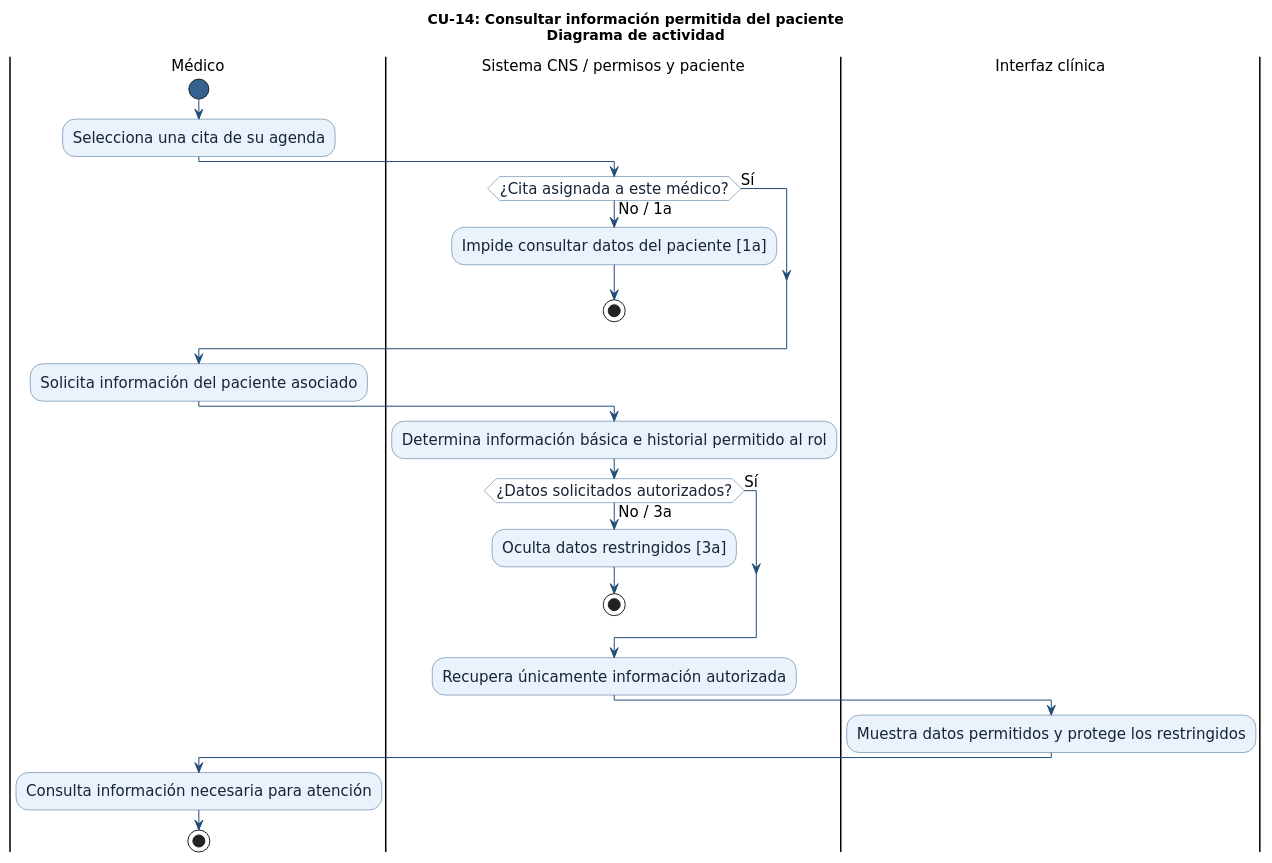
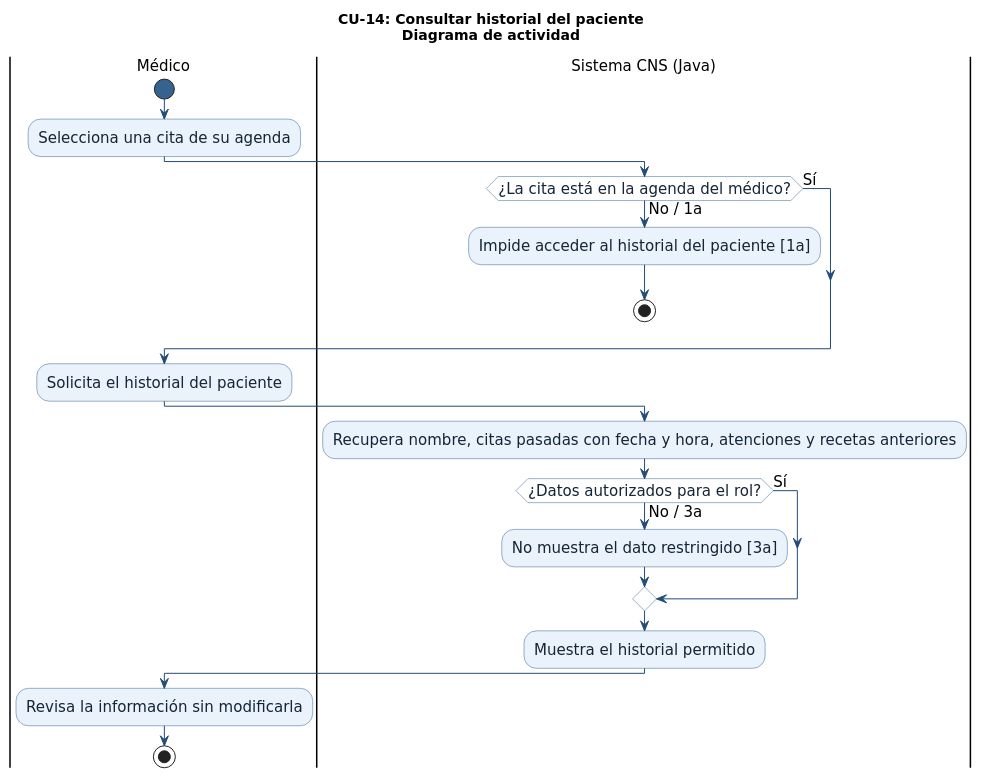
Before and after one commit to INTERNO-TRABAJO-CNS/Hospital-Obrero-Interno: the diagram in 03_des/01-diagramaCompor/CU-14_ConsultarDatosPaciente.puml, drawn with PlantUML. The commit also changed 204 other files, not shown here.

Commit message:
actualización de cada CU, RF, RNF, diagramas de comportamieno, de estado, reasignación de tareas en general

```diff
--- a/03_des/01-diagramaCompor/CU-14_ConsultarDatosPaciente.puml
+++ b/03_des/01-diagramaCompor/CU-14_ConsultarDatosPaciente.puml
@@ -1,47 +1,45 @@
 @startuml CU-14_ConsultarDatosPaciente
 ' Caso de uso CU-14: Consultar información permitida del paciente
 ' Fuentes: Especificación de casos de uso CNS y Modelo del Negocio del Hospital Obrero
 ' Referencias: RF-14 · RN-18 · RN-20
 ' Los elementos marcados como pendientes NO son reglas implementadas.
 skinparam shadowing false
 skinparam defaultFontName "DejaVu Sans"
 skinparam defaultFontSize 15
 skinparam ArrowColor #234C79
 skinparam activity {
   BackgroundColor #EAF2FB
   BorderColor #35628E
   FontColor #152536
   DiamondBackgroundColor #FFFFFF
   DiamondBorderColor #35628E
   ArrowColor #234C79
   StartColor #35628E
   EndColor #35628E
 }
-title CU-14: Consultar información permitida del paciente\nDiagrama de actividad
+' Modificado 04/11/2026: ver 06_proyect/CAMBIOS_04-11-2026.md
+title CU-14: Consultar historial del paciente\nDiagrama de actividad
 |Médico|
 start
 :Selecciona una cita de su agenda;
-|Sistema CNS / permisos y paciente|
-if (¿Cita asignada a este médico?) then (Sí)
+|Sistema CNS (Java)|
+if (¿La cita está en la agenda del médico?) then (Sí)
   ' Camino principal
 else (No / 1a)
-  :Impide consultar datos del paciente [1a];
+  :Impide acceder al historial del paciente [1a];
   stop
 endif
 |Médico|
-:Solicita información del paciente asociado;
-|Sistema CNS / permisos y paciente|
-:Determina información básica e historial permitido al rol;
-if (¿Datos solicitados autorizados?) then (Sí)
+:Solicita el historial del paciente;
+|Sistema CNS (Java)|
+:Recupera nombre, citas pasadas con fecha y hora, atenciones y recetas anteriores;
+if (¿Datos autorizados para el rol?) then (Sí)
   ' Camino principal
 else (No / 3a)
-  :Oculta datos restringidos [3a];
-  stop
+  :No muestra el dato restringido [3a];
 endif
-:Recupera únicamente información autorizada;
-|Interfaz clínica|
-:Muestra datos permitidos y protege los restringidos;
+:Muestra el historial permitido;
 |Médico|
-:Consulta información necesaria para atención;
+:Revisa la información sin modificarla;
 stop
 @enduml
```
